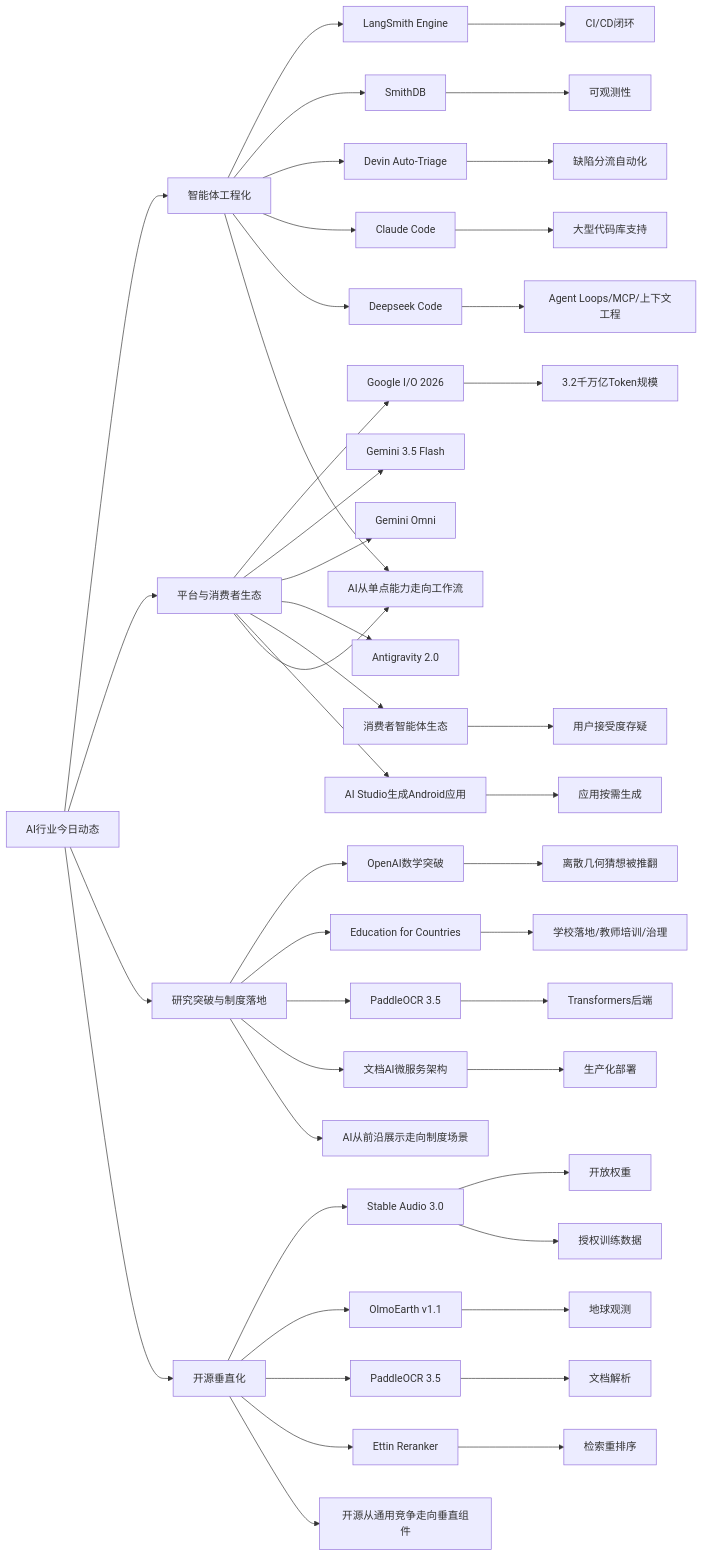
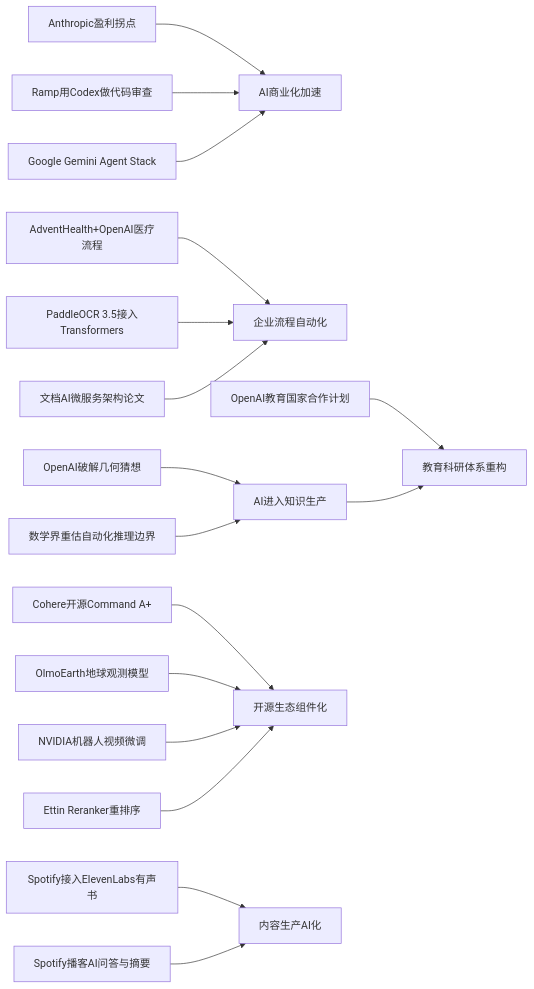
The diagram in content/cn/2026/2026-05/2026-05-21.md (zhuxinfei/ai-daily-site), drawn with Mermaid before and after one commit. The commit also changed other lines of this file, not shown here.

````diff
--- a/content/cn/2026/2026-05/2026-05-21.md
+++ b/content/cn/2026/2026-05/2026-05-21.md
@@ -110,56 +110,23 @@
 ```mermaid
 graph LR
-    A[AI行业今日动态] --> B[智能体工程化]
-    A --> C[平台与消费者生态]
-    A --> D[研究突破与制度落地]
-    A --> E[开源垂直化]
+    A[Anthropic盈利拐点] --> B[AI商业化加速]
+    C[Ramp用Codex做代码审查] --> B
+    D[Google Gemini Agent Stack] --> B
 
-    B --> B1[LangSmith Engine]
-    B --> B2[SmithDB]
-    B --> B3[Devin Auto-Triage]
-    B --> B4[Claude Code]
-    B --> B5[Deepseek Code]
+    E[AdventHealth+OpenAI医疗流程] --> F[企业流程自动化]
+    G[PaddleOCR 3.5接入Transformers] --> F
+    H[文档AI微服务架构论文] --> F
 
-    B1 --> B6[CI/CD闭环]
-    B2 --> B7[可观测性]
-    B3 --> B8[缺陷分流自动化]
-    B4 --> B9[大型代码库支持]
-    B5 --> B10[Agent Loops/MCP/上下文工程]
+    I[OpenAI破解几何猜想] --> J[AI进入知识生产]
+    K[数学界重估自动化推理边界] --> J
+    L[OpenAI教育国家合作计划] --> M[教育科研体系重构]
+    J --> M
 
-    C --> C1[Google I/O 2026]
-    C --> C2[Gemini 3.5 Flash]
-    C --> C3[Gemini Omni]
-    C --> C4[Antigravity 2.0]
-    C --> C5[消费者智能体生态]
-    C --> C6[AI Studio生成Android应用]
+    N[Cohere开源Command A+] --> O[开源生态组件化]
+    P[OlmoEarth地球观测模型] --> O
+    Q[NVIDIA机器人视频微调] --> O
+    R[Ettin Reranker重排序] --> O
 
-    C1 --> C7[3.2千万亿Token规模]
-    C5 --> C8[用户接受度存疑]
-    C6 --> C9[应用按需生成]
-
-    D --> D1[OpenAI数学突破]
-    D --> D2[Education for Countries]
-    D --> D3[PaddleOCR 3.5]
-    D --> D4[文档AI微服务架构]
-
-    D1 --> D5[离散几何猜想被推翻]
-    D2 --> D6[学校落地/教师培训/治理]
-    D3 --> D7[Transformers后端]
-    D4 --> D8[生产化部署]
-
-    E --> E1[Stable Audio 3.0]
-    E --> E2[OlmoEarth v1.1]
-    E --> E3[PaddleOCR 3.5]
-    E --> E4[Ettin Reranker]
-
-    E1 --> E5[开放权重]
-    E1 --> E6[授权训练数据]
-    E2 --> E7[地球观测]
-    E3 --> E8[文档解析]
-    E4 --> E9[检索重排序]
-
-    B --> F[AI从单点能力走向工作流]
-    C --> F
-    D --> G[AI从前沿展示走向制度场景]
-    E --> H[开源从通用竞争走向垂直组件]
+    S[Spotify接入ElevenLabs有声书] --> T[内容生产AI化]
+    U[Spotify播客AI问答与摘要] --> T
 ```
````
